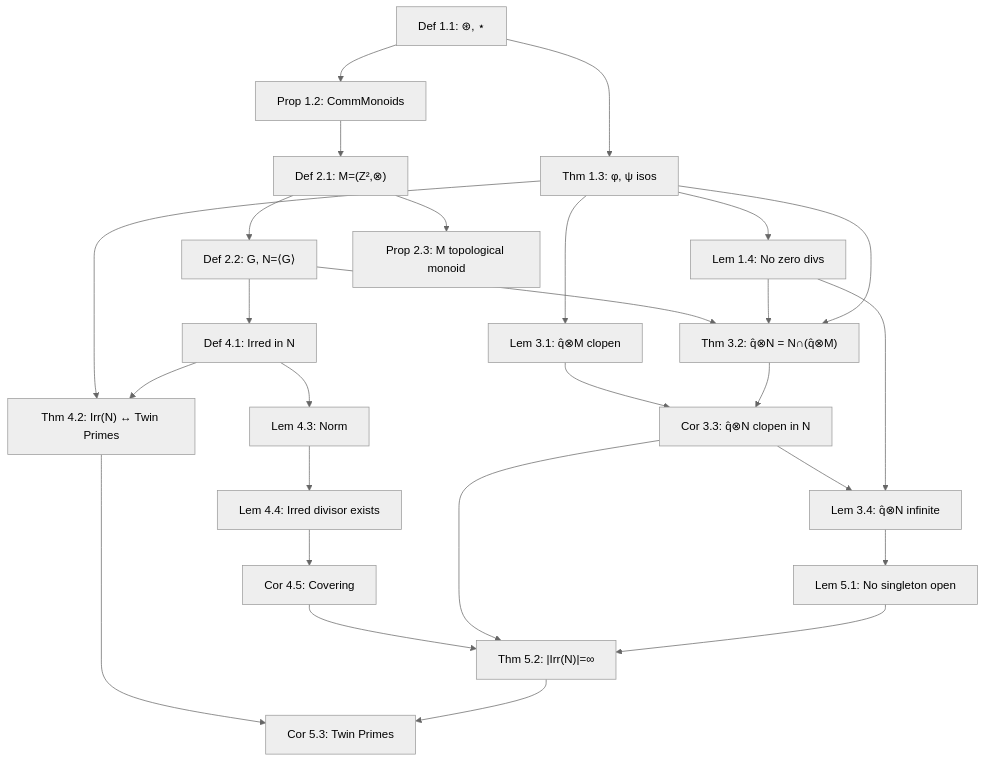
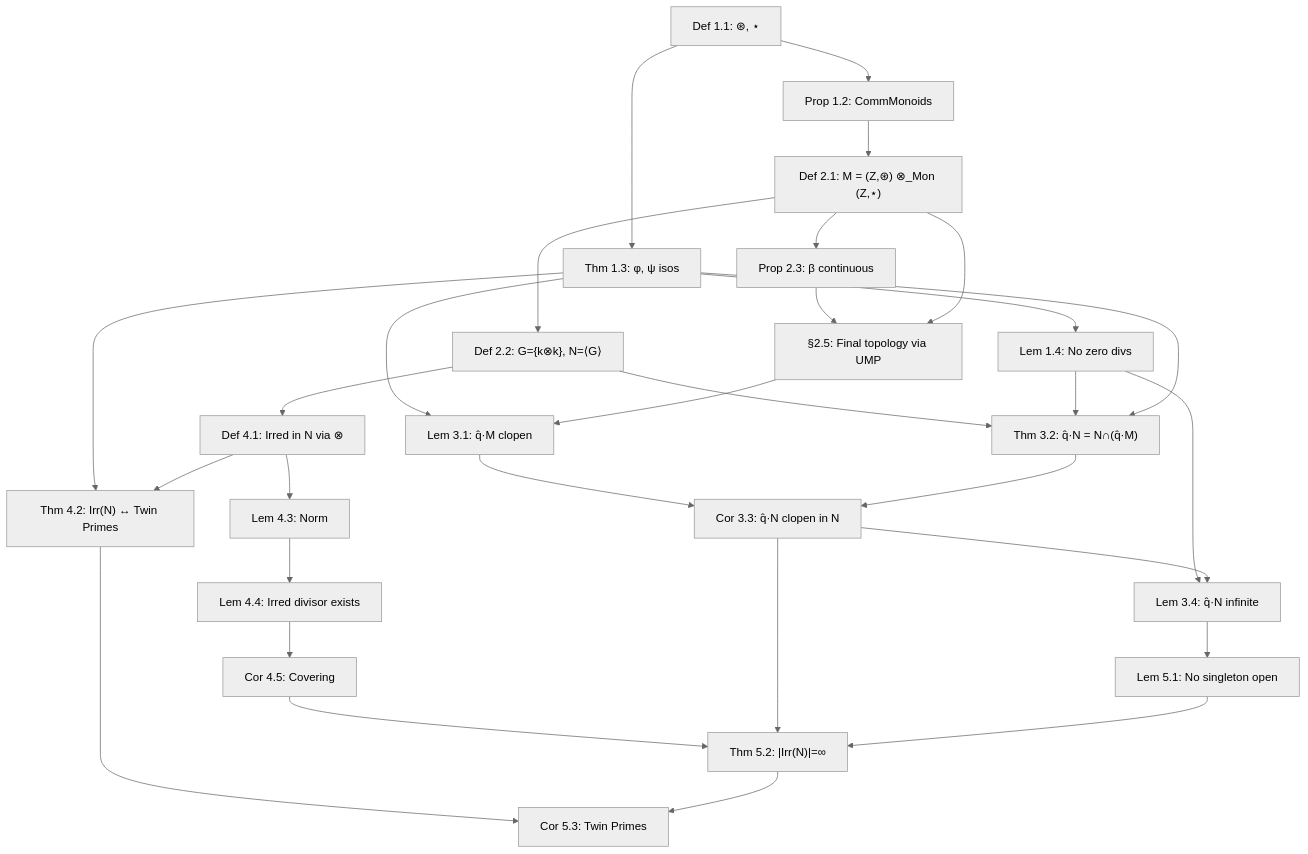
One commit to FruitfulApproach/Lean4TPC changed the diagram in PAPER.md. Above: the diagram before and after it, drawn with Mermaid (neutral theme). The commit also changed other lines of this file and 12 other files, not shown here.

````diff
--- a/PAPER.md
+++ b/PAPER.md
@@ -218,29 +251,32 @@
 ```mermaid
 graph TD
     D11["Def 1.1: ⊛, ⋆"] --> P12["Prop 1.2: CommMonoids"]
     D11 --> T13["Thm 1.3: φ, ψ isos"]
     T13 --> L14["Lem 1.4: No zero divs"]
-    P12 --> D21["Def 2.1: M=(Z²,⊗)"]
-    D21 --> D22["Def 2.2: G, N=⟨G⟩"]
-    D21 --> P23["Prop 2.3: M topological monoid"]
-    T13 --> L31["Lem 3.1: q̂⊗M clopen"]
-    D22 --> T32["Thm 3.2: q̂⊗N = N∩(q̂⊗M)"]
+    P12 --> D21["Def 2.1: M = (Z,⊛) ⊗_Mon (Z,⋆)"]
+    D21 --> D22["Def 2.2: G={k⊗k}, N=⟨G⟩"]
+    D21 --> P23["Prop 2.3: β continuous"]
+    P23 --> S25["§2.5: Final topology via UMP"]
+    D21 --> S25
+    T13 --> L31["Lem 3.1: q̂·M clopen"]
+    S25 --> L31
+    D22 --> T32["Thm 3.2: q̂·N = N∩(q̂·M)"]
     L14 --> T32
     T13 --> T32
-    L31 --> C33["Cor 3.3: q̂⊗N clopen in N"]
+    L31 --> C33["Cor 3.3: q̂·N clopen in N"]
     T32 --> C33
-    C33 --> L34["Lem 3.4: q̂⊗N infinite"]
-    L14 --> L34
-    D22 --> D41["Def 4.1: Irred in N"]
+    L14 --> L34["Lem 3.4: q̂·N infinite"]
+    C33 --> L34
+    D22 --> D41["Def 4.1: Irred in N via ⊗"]
     T13 --> T42["Thm 4.2: Irr(N) ↔ Twin Primes"]
     D41 --> T42
     D41 --> L43["Lem 4.3: Norm"]
     L43 --> L44["Lem 4.4: Irred divisor exists"]
     L44 --> C45["Cor 4.5: Covering"]
     L34 --> L51["Lem 5.1: No singleton open"]
     C45 --> T52["Thm 5.2: |Irr(N)|=∞"]
     C33 --> T52
     L51 --> T52
     T42 --> C53["Cor 5.3: Twin Primes"]
     T52 --> C53
 ```
````
